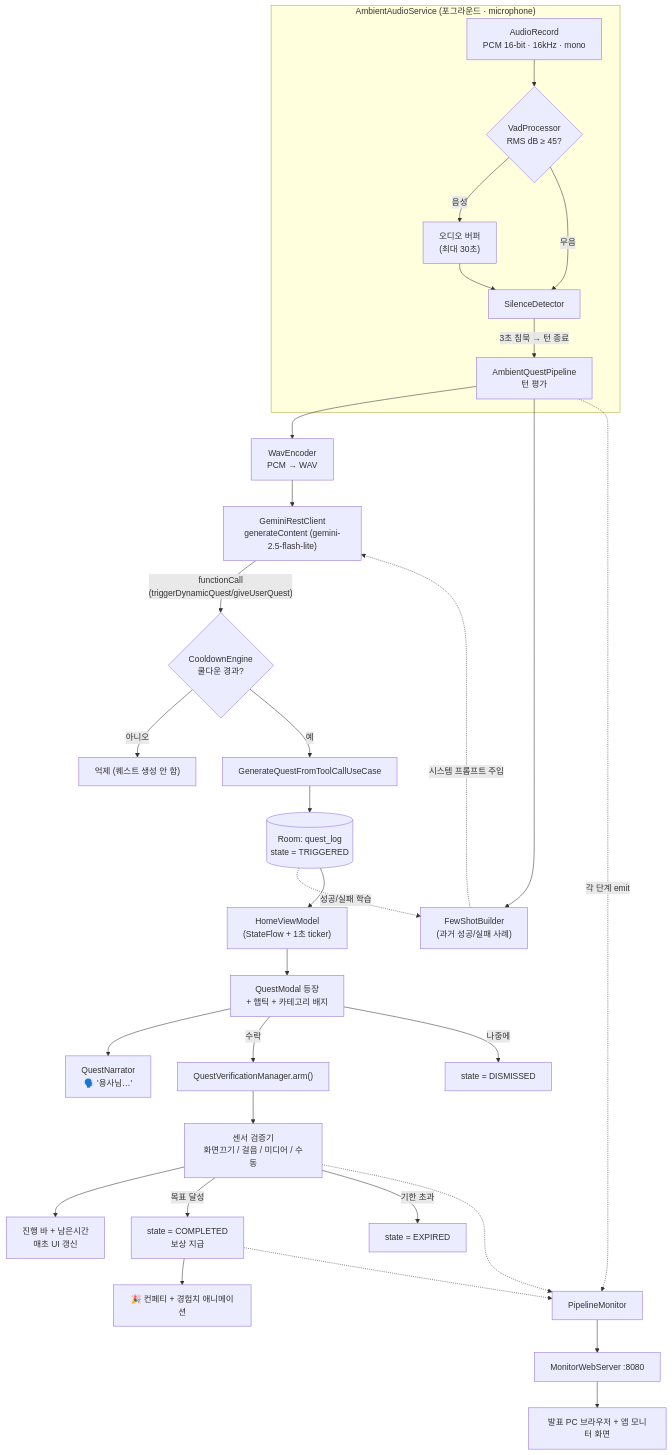
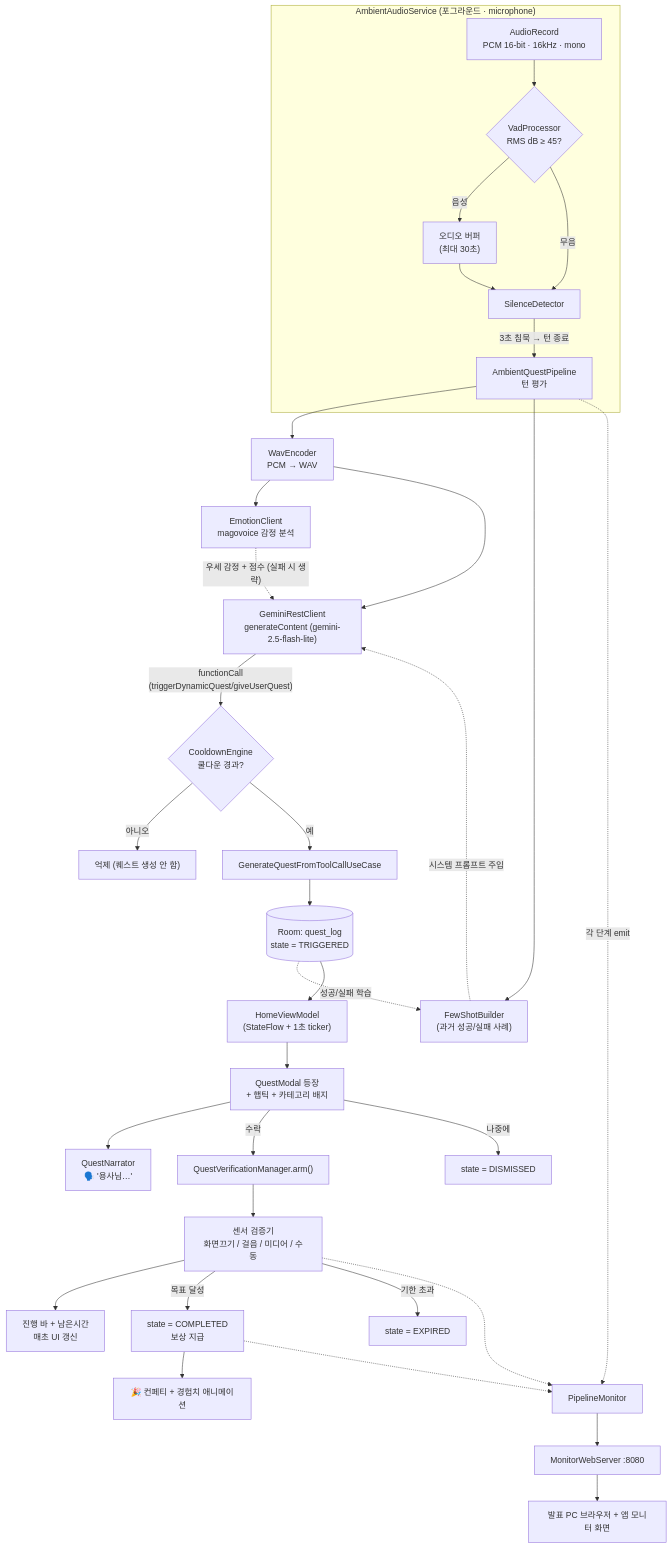
Before and after one commit to RefXTeam/quest-ai-android: the first of 4 diagrams in README.md, drawn with Mermaid. The commit also changed other lines of this file and 13 other files, not shown here.

````diff
--- a/README.md
+++ b/README.md
@@ -38,38 +39,40 @@
 ```mermaid
 flowchart TD
     subgraph SVC["AmbientAudioService (포그라운드 · microphone)"]
         Mic["AudioRecord<br/>PCM 16-bit · 16kHz · mono"] --> VAD{"VadProcessor<br/>RMS dB ≥ 45?"}
         VAD -->|"음성"| Buf["오디오 버퍼<br/>(최대 30초)"]
         VAD -->|"무음"| Sil["SilenceDetector"]
         Buf --> Sil
         Sil -->|"3초 침묵 → 턴 종료"| Eval
     end
 
     Eval["AmbientQuestPipeline<br/>턴 평가"] --> Wav["WavEncoder<br/>PCM → WAV"]
     Eval --> FS["FewShotBuilder<br/>(과거 성공/실패 사례)"]
+    Wav --> Emo["EmotionClient<br/>magovoice 감정 분석"]
+    Emo -.->|"우세 감정 + 점수 (실패 시 생략)"| Rest
     Wav --> Rest["GeminiRestClient<br/>generateContent (gemini-2.5-flash-lite)"]
     FS -.->|"시스템 프롬프트 주입"| Rest
     Rest -->|"functionCall<br/>(triggerDynamicQuest/giveUserQuest)"| Cool{"CooldownEngine<br/>쿨다운 경과?"}
     Cool -->|"아니오"| Drop["억제 (퀘스트 생성 안 함)"]
     Cool -->|"예"| Gen["GenerateQuestFromToolCallUseCase"]
 
     Gen --> Room[("Room: quest_log<br/>state = TRIGGERED")]
     Room -.->|"성공/실패 학습"| FS
     Room --> VM["HomeViewModel<br/>(StateFlow + 1초 ticker)"]
     VM --> Modal["QuestModal 등장<br/>+ 햅틱 + 카테고리 배지"]
     Modal --> TTS["QuestNarrator<br/>🗣️ '용사님…'"]
 
     Modal -->|"수락"| Arm["QuestVerificationManager.arm()"]
     Modal -->|"나중에"| Dismiss["state = DISMISSED"]
     Arm --> Verify["센서 검증기<br/>화면끄기 / 걸음 / 미디어 / 수동"]
     Verify --> Prog["진행 바 + 남은시간<br/>매초 UI 갱신"]
     Verify -->|"목표 달성"| Done["state = COMPLETED<br/>보상 지급"]
     Verify -->|"기한 초과"| Exp["state = EXPIRED"]
     Done --> Conf["🎉 컨페티 + 경험치 애니메이션"]
 
     Eval -.->|"각 단계 emit"| Mon["PipelineMonitor"]
     Verify -.-> Mon
     Done -.-> Mon
     Mon --> WebSrv["MonitorWebServer :8080"]
     WebSrv --> Clients["발표 PC 브라우저 + 앱 모니터 화면"]
 ```
````
